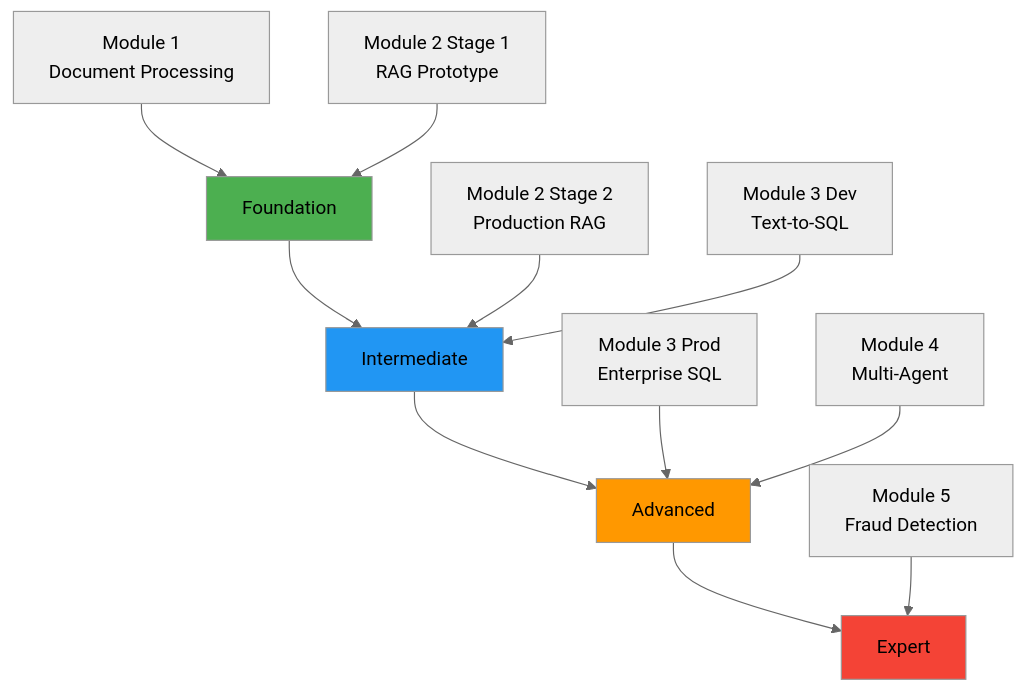
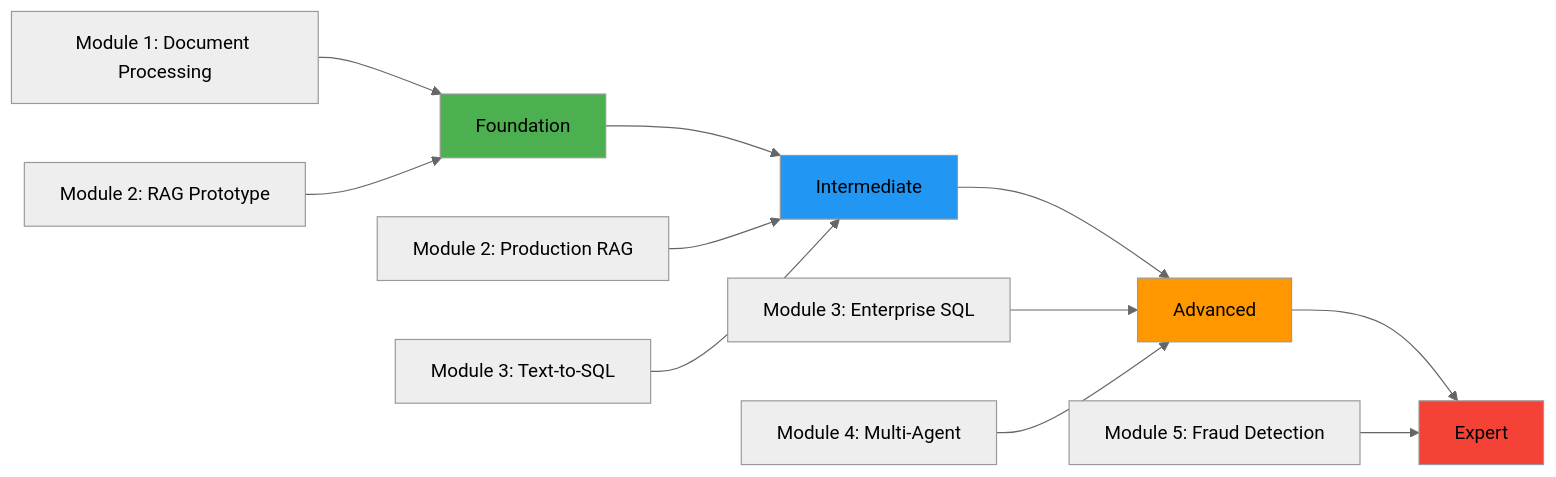
The diagram in readme.md (Devandersongarcia/ai-data-engineer-bootcamp), drawn with Mermaid (neutral theme) before and after one commit. The commit also changed other lines of this file and 5 other files, not shown here.

````diff
--- a/readme.md
+++ b/readme.md
@@ -200,20 +196,20 @@
 ```mermaid
-graph TB
+graph LR
     A[Foundation] --> B[Intermediate] --> C[Advanced] --> D[Expert]
     
-    A1[Module 1<br/>Document Processing] --> A
-    A2[Module 2 Stage 1<br/>RAG Prototype] --> A
+    A1[Module 1: Document Processing] --> A
+    A2[Module 2: RAG Prototype] --> A
     
-    B1[Module 2 Stage 2<br/>Production RAG] --> B
-    B2[Module 3 Dev<br/>Text-to-SQL] --> B
+    B1[Module 2: Production RAG] --> B
+    B2[Module 3: Text-to-SQL] --> B
     
-    C1[Module 3 Prod<br/>Enterprise SQL] --> C
-    C2[Module 4<br/>Multi-Agent] --> C
+    C1[Module 3: Enterprise SQL] --> C
+    C2[Module 4: Multi-Agent] --> C
     
-    D1[Module 5<br/>Fraud Detection] --> D
+    D1[Module 5: Fraud Detection] --> D
     
     style A fill:#4CAF50
     style B fill:#2196F3
     style C fill:#FF9800
     style D fill:#F44336
 ```
````
